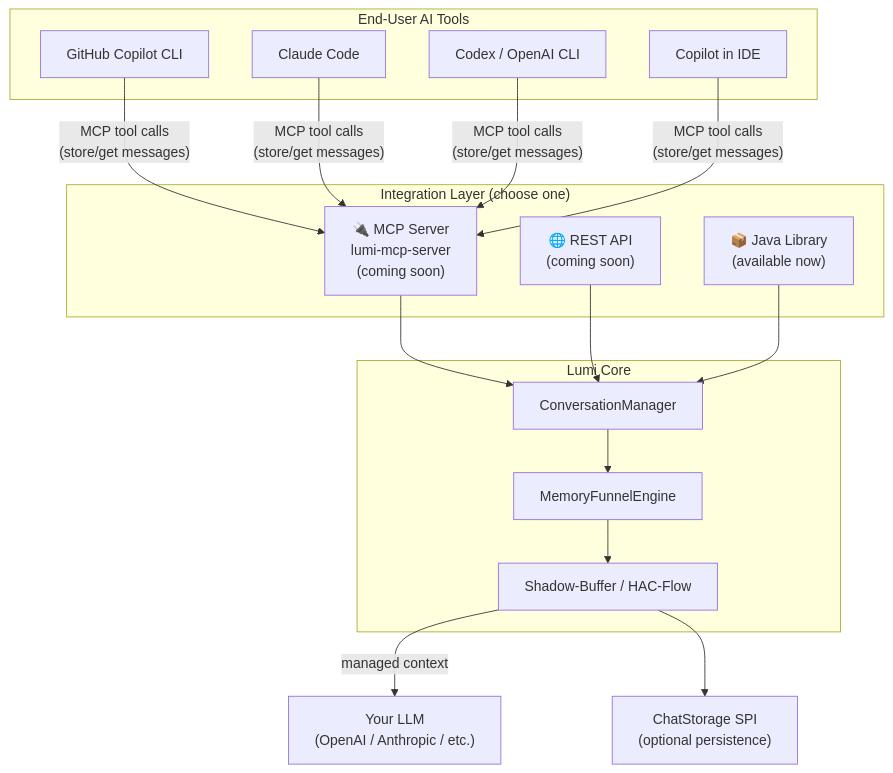
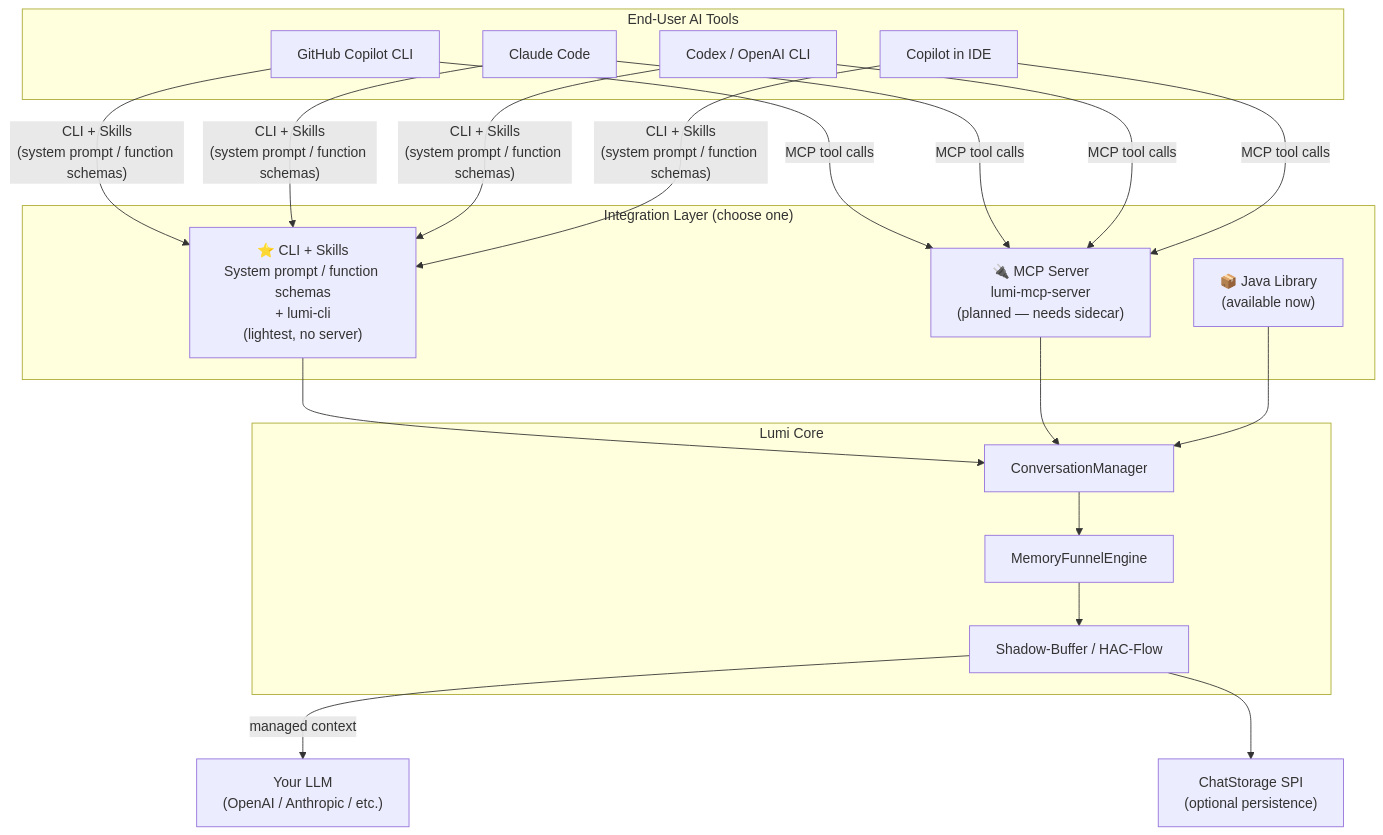
One commit to zheli001/lumi_conversation_manager changed the first of 2 diagrams in README.md. Above: the diagram before and after it, drawn with Mermaid. The commit also changed other lines of this file, not shown here.

First line of the commit message:
docs: reframe integration paths — CLI+Skills as lightest AI-native connector

````diff
--- a/README.md
+++ b/README.md
@@ -61,29 +61,30 @@
 ```mermaid
 graph TD
     subgraph "End-User AI Tools"
         CLI["GitHub Copilot CLI"]
         CC["Claude Code"]
         Codex["Codex / OpenAI CLI"]
         IDE["Copilot in IDE"]
     end
 
     subgraph "Integration Layer (choose one)"
-        MCP["🔌 MCP Server\nlumi-mcp-server\n(coming soon)"]
-        REST["🌐 REST API\n(coming soon)"]
+        Skills["⭐ CLI + Skills\nSystem prompt / function schemas\n+ lumi-cli\n(lightest, no server)"]
+        MCP["🔌 MCP Server\nlumi-mcp-server\n(planned — needs sidecar)"]
         Lib["📦 Java Library\n(available now)"]
     end
 
     subgraph "Lumi Core"
         API[ConversationManager]
         Engine[MemoryFunnelEngine]
         Buffer[Shadow-Buffer / HAC-Flow]
     end
 
-    CLI & CC & Codex & IDE -->|"MCP tool calls\n(store/get messages)"| MCP
+    CLI & CC & Codex & IDE -->|"CLI + Skills\n(system prompt / function schemas)"| Skills
+    CLI & CC & Codex & IDE -->|"MCP tool calls"| MCP
+    Skills --> API
     MCP --> API
-    REST --> API
     Lib --> API
     API --> Engine --> Buffer
     Buffer -->|managed context| LLM["Your LLM\n(OpenAI / Anthropic / etc.)"]
     Buffer --> Storage["ChatStorage SPI\n(optional persistence)"]
 ```
````
